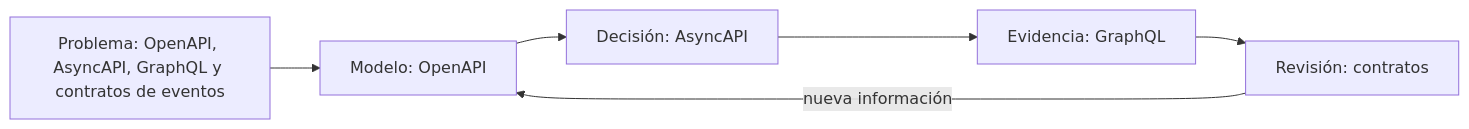
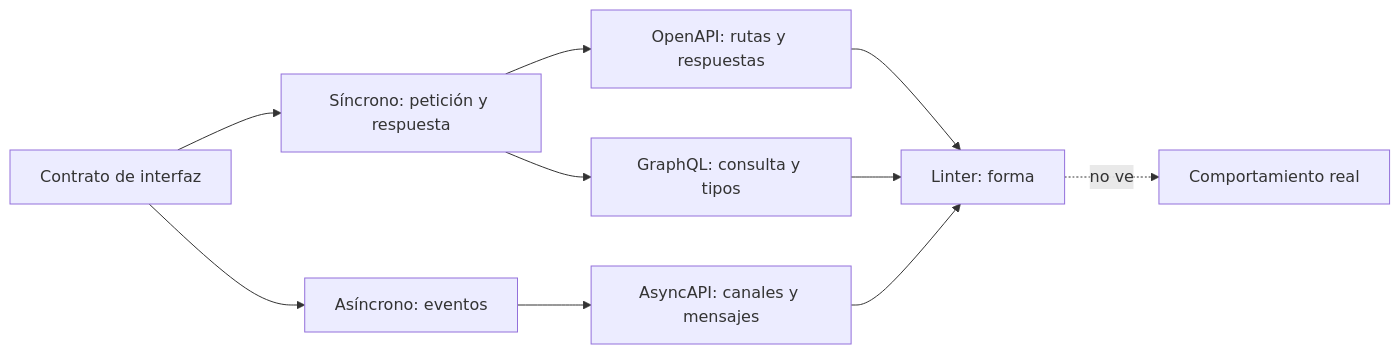
Before and after one commit to vladimiracunadev-create/modern-software-engineering-program: the diagram in classes/part-13-especificaciones-contratos-y-modelos/se-163-openapi-asyncapi-graphql-y-contratos-de-eventos/README.md, drawn with Mermaid. The commit also changed other lines of this file and 117 other files, not shown here.

````diff
--- a/classes/part-13-especificaciones-contratos-y-modelos/se-163-openapi-asyncapi-graphql-y-contratos-de-eventos/README.md
+++ b/classes/part-13-especificaciones-contratos-y-modelos/se-163-openapi-asyncapi-graphql-y-contratos-de-eventos/README.md
@@ -40,8 +53,12 @@
 ```mermaid
 flowchart LR
-    P["Problema: OpenAPI, AsyncAPI, GraphQL y contratos de eventos"] --> M["Modelo: OpenAPI"]
-    M --> D["Decisión: AsyncAPI"]
-    D --> E["Evidencia: GraphQL"]
-    E --> R["Revisión: contratos"]
-    R -->|nueva información| M
+    A[Contrato de interfaz] --> B[Síncrono: petición y respuesta]
+    A --> C[Asíncrono: eventos]
+    B --> D[OpenAPI: rutas y respuestas]
+    B --> E[GraphQL: consulta y tipos]
+    C --> F[AsyncAPI: canales y mensajes]
+    D --> G[Linter: forma]
+    E --> G
+    F --> G
+    G -.->|no ve| H[Comportamiento real]
 ```
````
